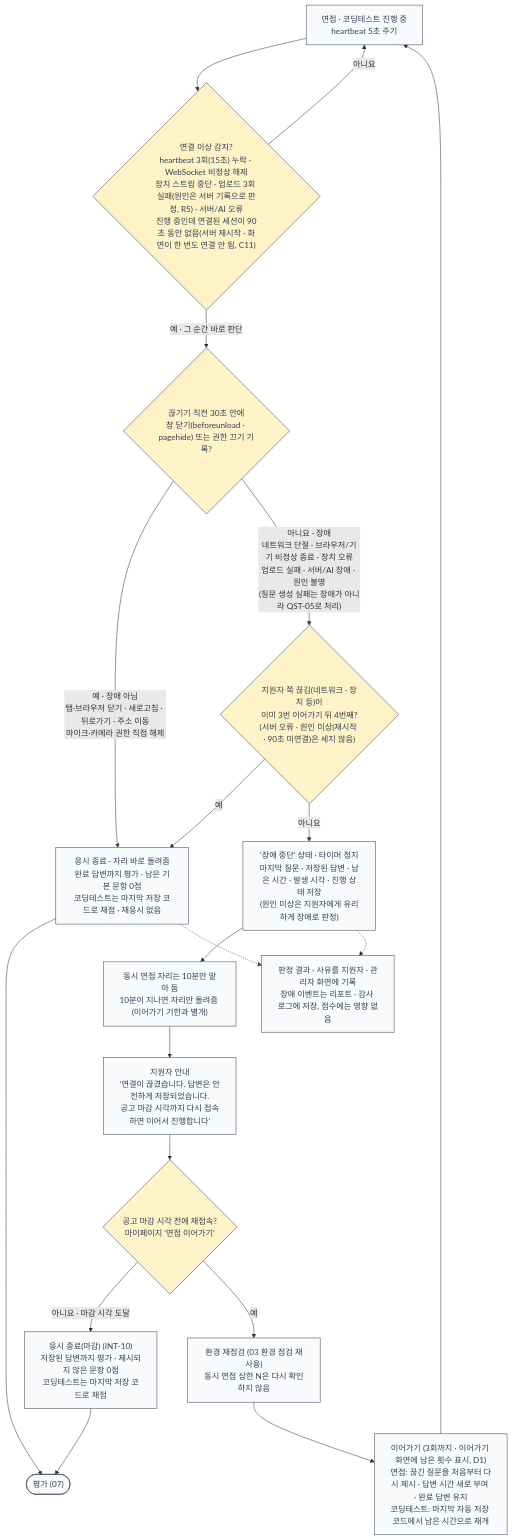
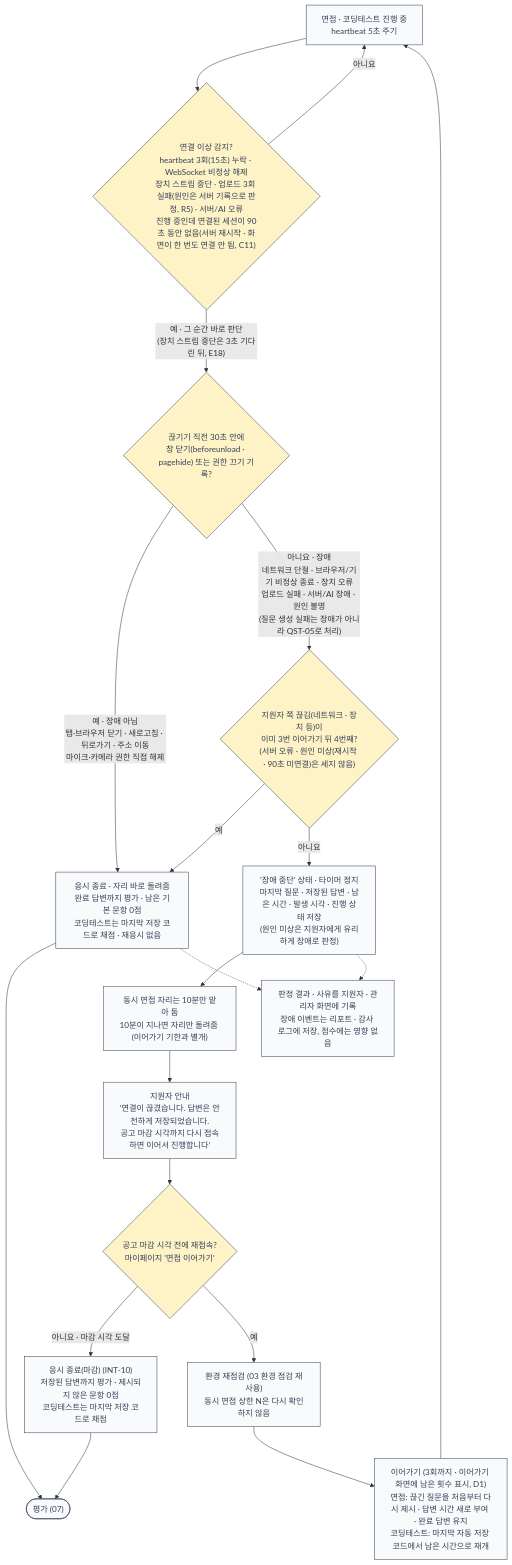
Before and after one commit to lampinthejini/home-work: diagram 13 of 14 in HWF(TeamMAKE)/개인용/AI_면접통합서비스 플로우차트_09v.md, drawn with Mermaid. The commit also changed other lines of this file and 63 other files, not shown here.

````diff
--- a/HWF(TeamMAKE)/개인용/AI_면접통합서비스 플로우차트_09v.md
+++ b/HWF(TeamMAKE)/개인용/AI_면접통합서비스 플로우차트_09v.md
@@ -620,28 +620,28 @@
 ```mermaid
 flowchart TD
     classDef startEnd fill:#F8FAFC,stroke:#334155,color:#334155
     classDef decision fill:#FEF3C7,stroke:#334155,color:#334155
     classDef process fill:#F8FAFC,stroke:#334155,color:#334155
 
     running["면접 · 코딩테스트 진행 중<br/>heartbeat 5초 주기"]:::process --> detect{"연결 이상 감지?<br/>heartbeat 3회(15초) 누락 · WebSocket 비정상 해제<br/>장치 스트림 중단 · 업로드 3회 실패(원인은 서버 기록으로 판정, R5) · 서버/AI 오류<br/>진행 중인데 연결된 세션이 90초 동안 없음(서버 재시작 · 화면이 한 번도 연결 안 됨, C11)"}:::decision
     detect -- 아니요 --> running
-    detect -- "예 · 그 순간 바로 판단" --> judge{"끊기기 직전 30초 안에<br/>창 닫기(beforeunload · pagehide) 또는 권한 끄기 기록?"}:::decision
+    detect -- "예 · 그 순간 바로 판단<br/>(장치 스트림 중단은 3초 기다린 뒤, E18)" --> judge{"끊기기 직전 30초 안에<br/>창 닫기(beforeunload · pagehide) 또는 권한 끄기 기록?"}:::decision
 
     judge -- "예 · 장애 아님<br/>탭·브라우저 닫기 · 새로고침 · 뒤로가기 · 주소 이동<br/>마이크·카메라 권한 직접 해제" --> examEnd["응시 종료 · 자리 바로 돌려줌<br/>완료 답변까지 평가 · 남은 기본 문항 0점<br/>코딩테스트는 마지막 저장 코드로 채점 · 재응시 없음"]:::process
 
     judge -- "아니요 · 장애<br/>네트워크 단절 · 브라우저/기기 비정상 종료 · 장치 오류<br/>업로드 실패 · 서버/AI 장애 · 원인 불명<br/>(질문 생성 실패는 장애가 아니라 QST-05로 처리)" --> limit{"지원자 쪽 끊김(네트워크 · 장치 등)이<br/>이미 3번 이어가기 뒤 4번째?<br/>(서버 오류 · 원인 미상(재시작 · 90초 미연결)은 세지 않음)"}:::decision
     limit -- 예 --> examEnd
     limit -- 아니요 --> pause["'장애 중단' 상태 · 타이머 정지<br/>마지막 질문 · 저장된 답변 · 남은 시간 · 발생 시각 · 진행 상태 저장<br/>(원인 미상은 지원자에게 유리하게 장애로 판정)"]:::process
     pause --> seat["동시 면접 자리는 10분만 맡아 둠<br/>10분이 지나면 자리만 돌려줌 (이어가기 기한과 별개)"]:::process
     seat --> notice["지원자 안내<br/>'연결이 끊겼습니다. 답변은 안전하게 저장되었습니다.<br/>공고 마감 시각까지 다시 접속하면 이어서 진행합니다'"]:::process
     notice --> rejoin{"공고 마감 시각 전에 재접속?<br/>마이페이지 '면접 이어가기'"}:::decision
     rejoin -- "아니요 · 마감 시각 도달" --> timeout["응시 종료(마감) (INT-10)<br/>저장된 답변까지 평가 · 제시되지 않은 문항 0점<br/>코딩테스트는 마지막 저장 코드로 채점"]:::process
     rejoin -- 예 --> recheck["환경 재점검 (03 환경 점검 재사용)<br/>동시 면접 상한 N은 다시 확인하지 않음"]:::process
     recheck --> resume["이어가기 (3회까지 · 이어가기 화면에 남은 횟수 표시, D1)<br/>면접: 끊긴 질문을 처음부터 다시 제시 · 답변 시간 새로 부여 · 완료 답변 유지<br/>코딩테스트: 마지막 자동 저장 코드에서 남은 시간으로 재개"]:::process
     resume --> running
 
     timeout --> toEval(["평가 (07)"]):::startEnd
     examEnd --> toEval
     pause -.-> logs["판정 결과 · 사유를 지원자 · 관리자 화면에 기록<br/>장애 이벤트는 리포트 · 감사 로그에 저장, 점수에는 영향 없음"]:::process
     examEnd -.-> logs
 ```
````
